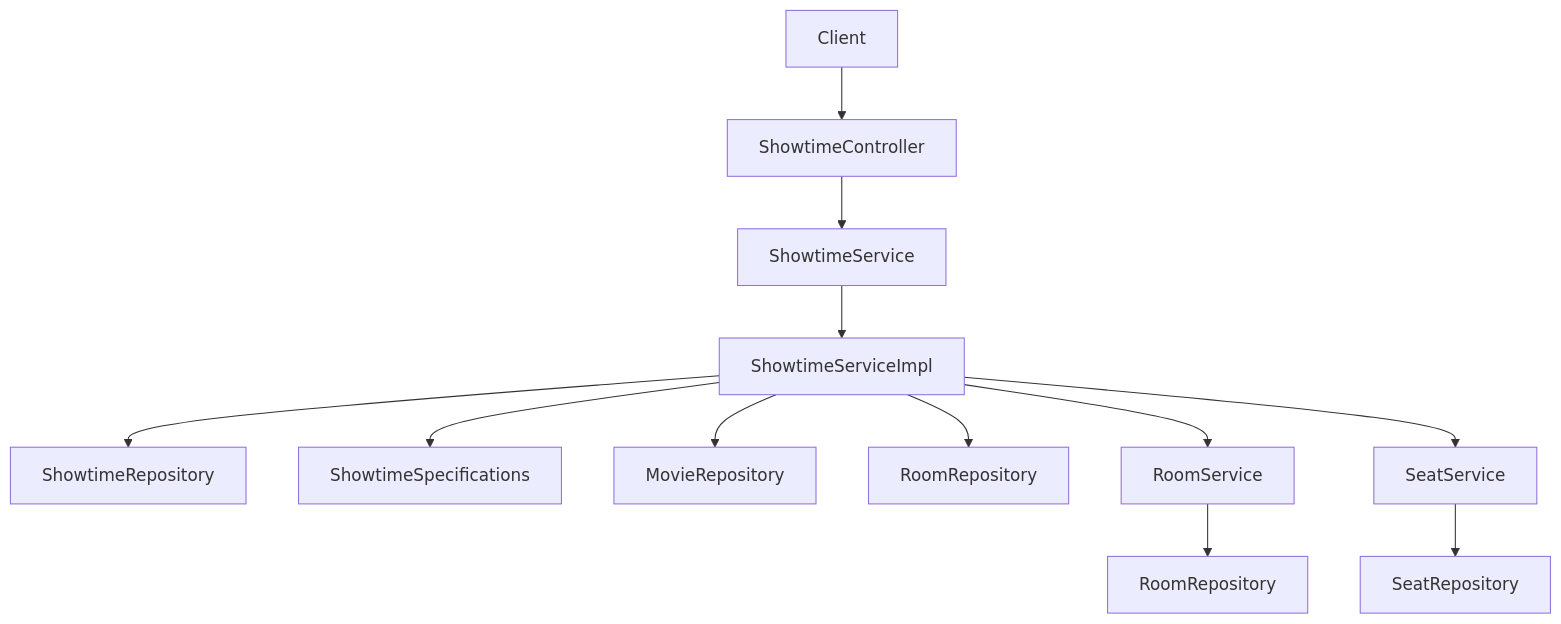
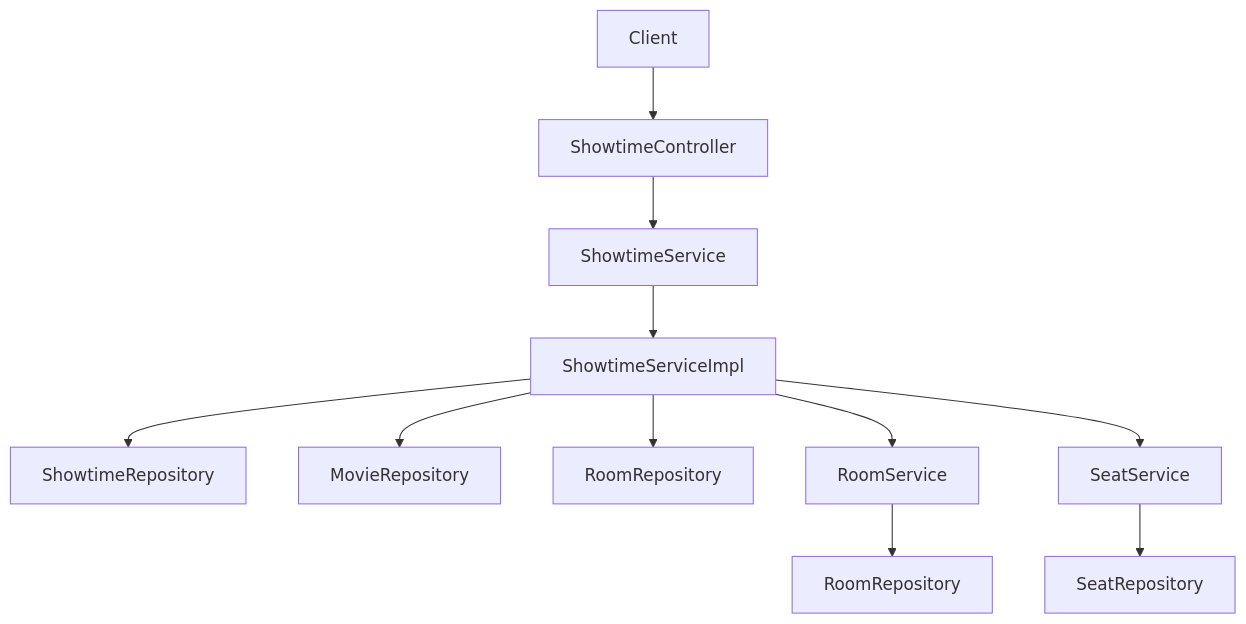
One commit to anhtudayne/Design_Pattern changed the second of 8 diagrams in .qoder/repowiki/en/content/Backend Development/Service Layer Implementation/Core Business Services/Showtime Service.md. Above: the diagram before and after it, drawn with Mermaid. The commit also changed other lines of this file and 10 other files, not shown here.

````diff
--- a/.qoder/repowiki/en/content/Backend Development/Service Layer Implementation/Core Business Services/Showtime Service.md
+++ b/.qoder/repowiki/en/content/Backend Development/Service Layer Implementation/Core Business Services/Showtime Service.md
@@ -132,14 +138,13 @@
 ```mermaid
 graph TB
 Client["Client"] --> API["ShowtimeController"]
 API --> Svc["ShowtimeService"]
 Svc --> Impl["ShowtimeServiceImpl"]
 Impl --> Repo["ShowtimeRepository"]
-Impl --> Spec["ShowtimeSpecifications"]
 Impl --> MR["MovieRepository"]
 Impl --> RR["RoomRepository"]
 Impl --> RS["RoomService"]
 Impl --> SS["SeatService"]
 RS --> RRepo["RoomRepository"]
 SS --> SRepo["SeatRepository"]
 ```
````
